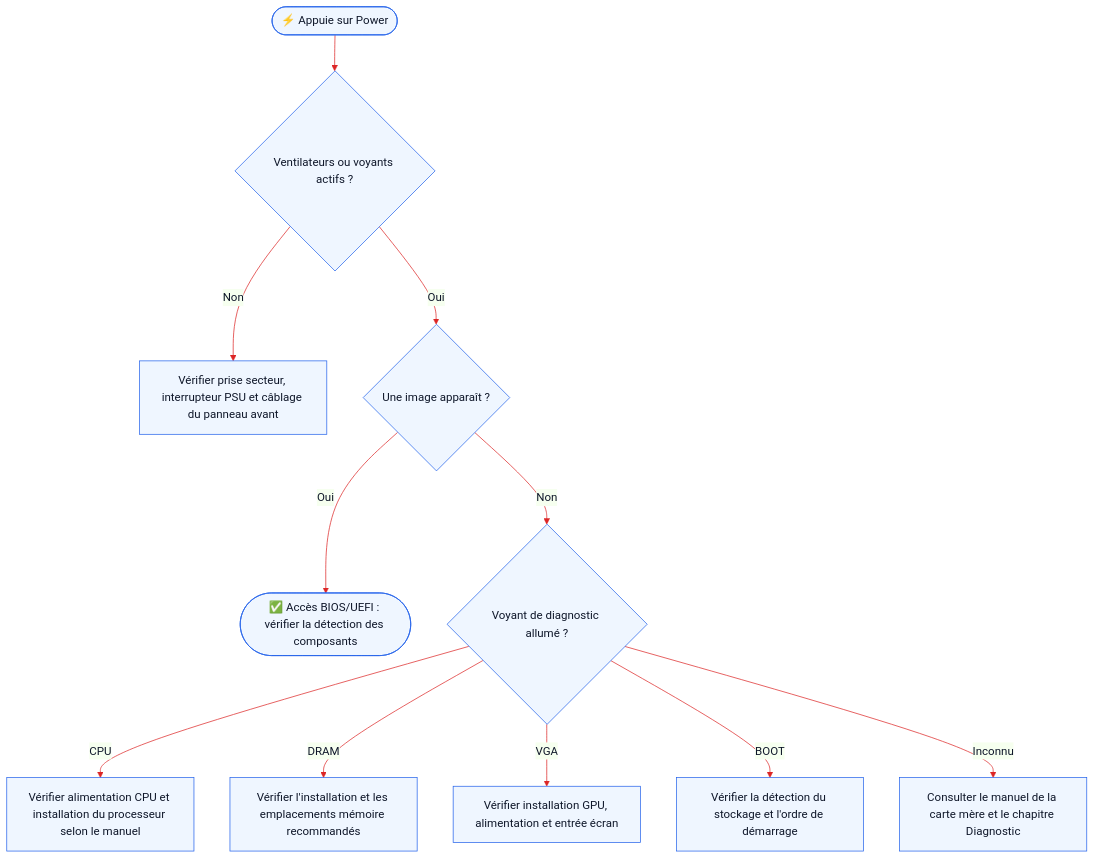
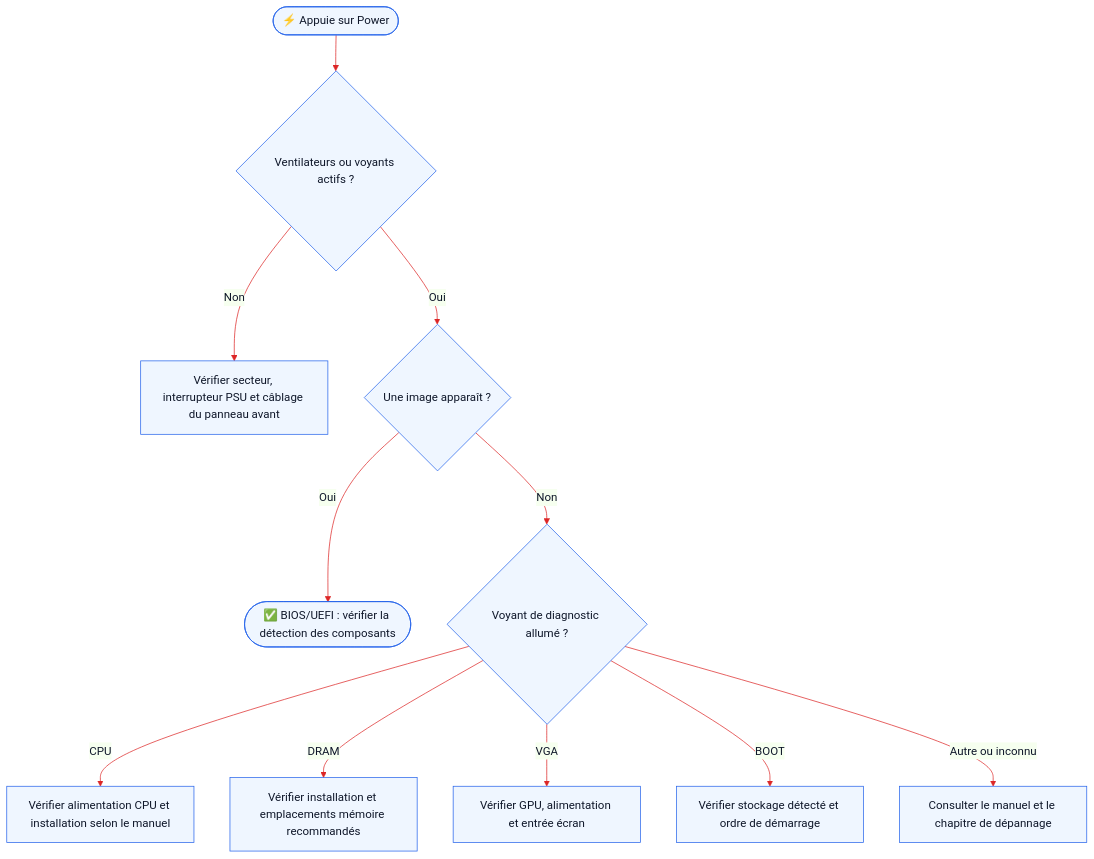
Before and after one commit to teremuhamblin/PCperso: the third of 3 diagrams in README.md, drawn with Mermaid. The commit also changed other lines of this file and 12 other files, not shown here.

````diff
--- a/README.md
+++ b/README.md
@@ -199,14 +172,14 @@
 ```mermaid
 %%{init: {"theme":"base","themeVariables":{"primaryColor":"#EFF6FF","primaryTextColor":"#0F172A","primaryBorderColor":"#2563EB","lineColor":"#DC2626","fontFamily":"Arial"}}}%%
 flowchart TD
     S(["⚡ Appuie sur Power"]) --> P{"Ventilateurs ou voyants actifs ?"}
-    P -->|Non| P1["Vérifier prise secteur, interrupteur PSU et câblage du panneau avant"]
+    P -->|Non| P1["Vérifier secteur, interrupteur PSU et câblage du panneau avant"]
     P -->|Oui| D{"Une image apparaît ?"}
-    D -->|Oui| OK(["✅ Accès BIOS/UEFI : vérifier la détection des composants"])
+    D -->|Oui| OK(["✅ BIOS/UEFI : vérifier la détection des composants"])
     D -->|Non| LED{"Voyant de diagnostic allumé ?"}
-    LED -->|CPU| CPU["Vérifier alimentation CPU et installation du processeur selon le manuel"]
-    LED -->|DRAM| RAM["Vérifier l'installation et les emplacements mémoire recommandés"]
-    LED -->|VGA| GPU["Vérifier installation GPU, alimentation et entrée écran"]
-    LED -->|BOOT| BOOT["Vérifier la détection du stockage et l'ordre de démarrage"]
-    LED -->|Inconnu| DOC["Consulter le manuel de la carte mère et le chapitre Diagnostic"]
+    LED -->|CPU| CPU["Vérifier alimentation CPU et installation selon le manuel"]
+    LED -->|DRAM| RAM["Vérifier installation et emplacements mémoire recommandés"]
+    LED -->|VGA| GPU["Vérifier GPU, alimentation et entrée écran"]
+    LED -->|BOOT| BOOT["Vérifier stockage détecté et ordre de démarrage"]
+    LED -->|Autre ou inconnu| DOC["Consulter le manuel et le chapitre de dépannage"]
 ```
````
